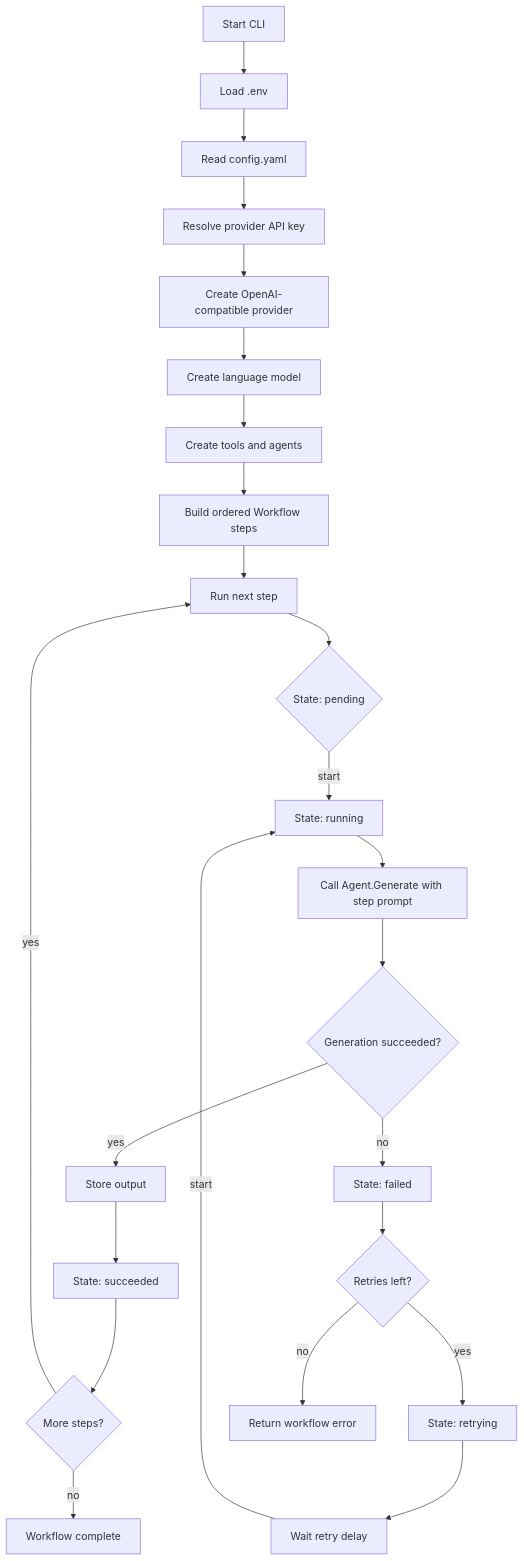
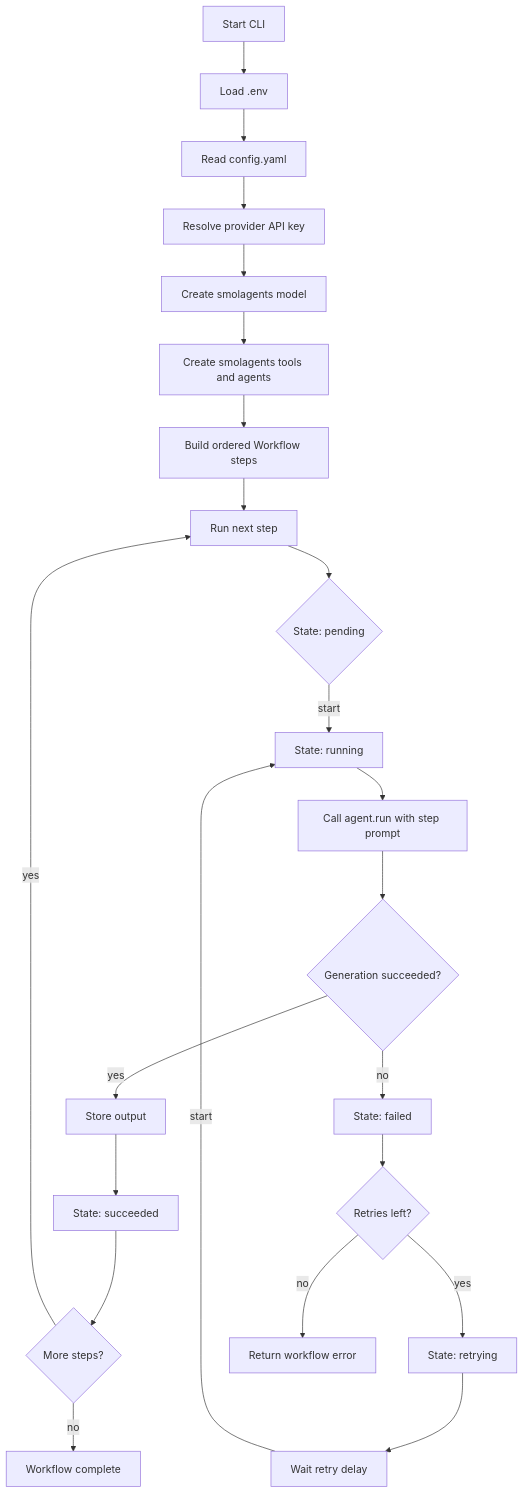
The diagram in README.md (sagnikc395/anchora), drawn with Mermaid before and after one commit. The commit also changed other lines of this file and 21 other files, not shown here.

````diff
--- a/README.md
+++ b/README.md
@@ -30,29 +30,28 @@
 ```mermaid
 flowchart TD
     A[Start CLI] --> B[Load .env]
     B --> C[Read config.yaml]
     C --> D[Resolve provider API key]
-    D --> E[Create OpenAI-compatible provider]
-    E --> F[Create language model]
-    F --> G[Create tools and agents]
-    G --> H[Build ordered Workflow steps]
-    H --> I[Run next step]
+    D --> E[Create smolagents model]
+    E --> F[Create smolagents tools and agents]
+    F --> G[Build ordered Workflow steps]
+    G --> H[Run next step]
 
-    I --> J{State: pending}
-    J -->|start| K[State: running]
-    K --> L[Call Agent.Generate with step prompt]
-    L --> M{Generation succeeded?}
+    H --> I{State: pending}
+    I -->|start| J[State: running]
+    J --> K[Call agent.run with step prompt]
+    K --> L{Generation succeeded?}
 
-    M -->|yes| N[Store output]
-    N --> O[State: succeeded]
-    O --> P{More steps?}
-    P -->|yes| I
-    P -->|no| Q[Workflow complete]
+    L -->|yes| M[Store output]
+    M --> N[State: succeeded]
+    N --> O{More steps?}
+    O -->|yes| H
+    O -->|no| P[Workflow complete]
 
-    M -->|no| R[State: failed]
-    R --> S{Retries left?}
-    S -->|yes| T[State: retrying]
-    T --> U[Wait retry delay]
-    U -->|start| K
-    S -->|no| V[Return workflow error]
+    L -->|no| Q[State: failed]
+    Q --> R{Retries left?}
+    R -->|yes| S[State: retrying]
+    S --> T[Wait retry delay]
+    T -->|start| J
+    R -->|no| U[Return workflow error]
 ```
````
